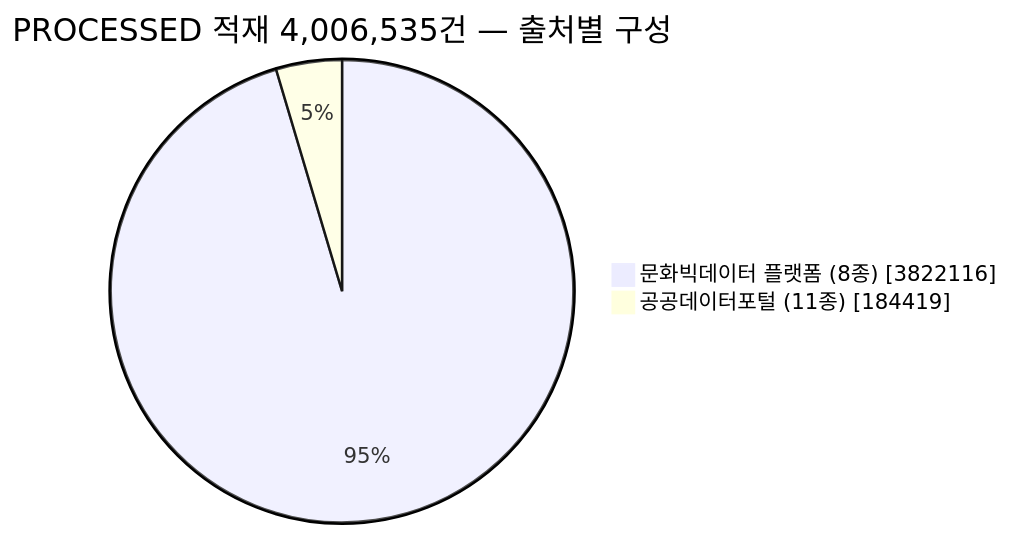
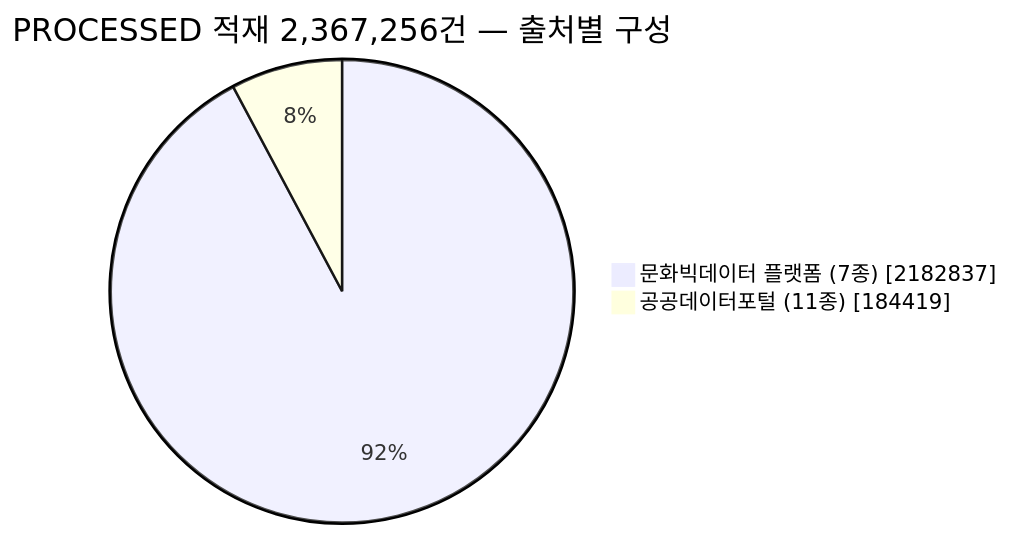
One commit to encore-ai-campus/mlo-02-p1-team3 changed diagram 17 of 19 in README.md. Above: the diagram before and after it, drawn with Mermaid. The commit also changed other lines of this file, not shown here.

````diff
--- a/README.md
+++ b/README.md
@@ -963,6 +960,6 @@
 ```mermaid
 pie showData
-    title PROCESSED 적재 4,006,535건 — 출처별 구성
-    "문화빅데이터 플랫폼 (8종)" : 3822116
+    title PROCESSED 적재 2,367,256건 — 출처별 구성
+    "문화빅데이터 플랫폼 (7종)" : 2182837
     "공공데이터포털 (11종)" : 184419
 ```
````
